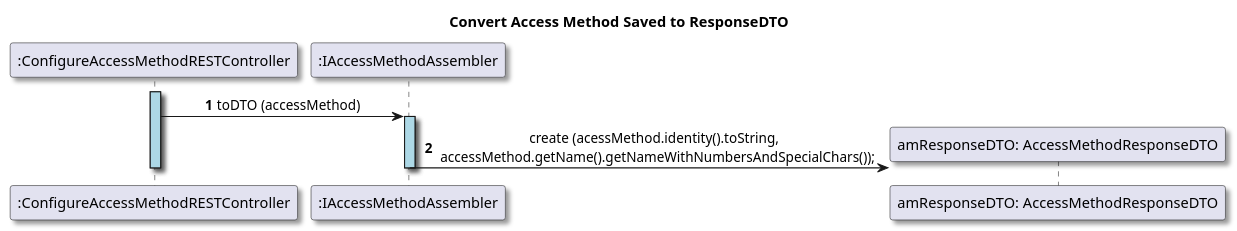
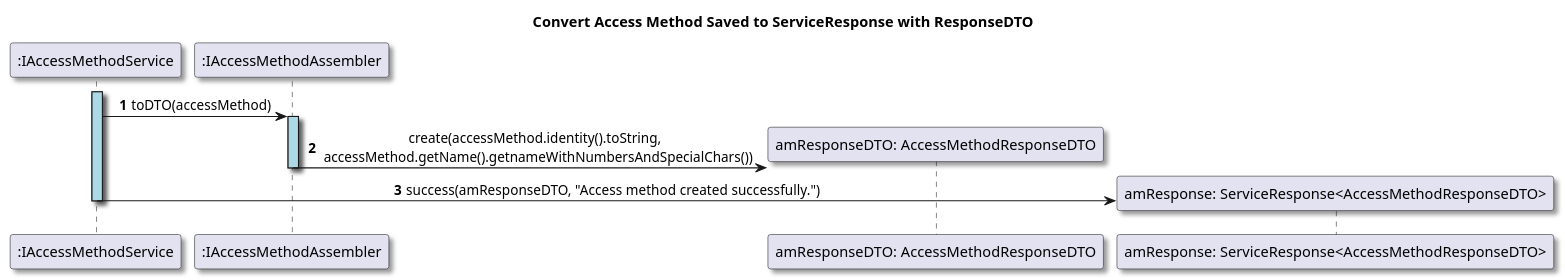
Before and after one commit to GasparISEP/DevOps-PAI: the diagram in docs/US02/Sprint6_RestAPI/ProcessView/References/US02_convertAccessMethodSavedtoResponseDto.puml, drawn with PlantUML.

Commit message:
refactor (diagram): Update the diagram to reflect conversion of AccessMethod to ServiceResponse with ResponseDTO (#554, #538)

```diff
--- a/docs/US02/Sprint6_RestAPI/ProcessView/References/US02_convertAccessMethodSavedtoResponseDto.puml
+++ b/docs/US02/Sprint6_RestAPI/ProcessView/References/US02_convertAccessMethodSavedtoResponseDto.puml
@@ -1,25 +1,29 @@
 @startuml
 
-title Convert Access Method Saved to ResponseDTO
+title Convert Access Method Saved to ServiceResponse with ResponseDTO
 
 autonumber
 skinparam {
   ActivityPadding 2
   ActivityMargin 2
   BoxPadding 2
 }
 skinparam defaultTextAlignment center
 skinparam shadowing true
 
-participant ":ConfigureAccessMethodRESTController" as Controller
+participant ":IAccessMethodService" as Service
 participant ":IAccessMethodAssembler" as amAssembler
-activate Controller #lightBlue
-Controller -> amAssembler: toDTO (accessMethod)
+activate Service #lightBlue
+
+Service -> amAssembler: toDTO(accessMethod)
 activate amAssembler #lightBlue
 
 create "amResponseDTO: AccessMethodResponseDTO"
-amAssembler -> "amResponseDTO: AccessMethodResponseDTO": create (acessMethod.identity().toString, \n accessMethod.getName().getNameWithNumbersAndSpecialChars());
+amAssembler -> "amResponseDTO: AccessMethodResponseDTO": create(accessMethod.identity().toString, \n accessMethod.getName().getnameWithNumbersAndSpecialChars())
 deactivate amAssembler
-deactivate Controller
+
+create "amResponse: ServiceResponse<AccessMethodResponseDTO>"
+Service -> "amResponse: ServiceResponse<AccessMethodResponseDTO>": success(amResponseDTO, "Access method created successfully.")
+deactivate Service
 
 @enduml
```
